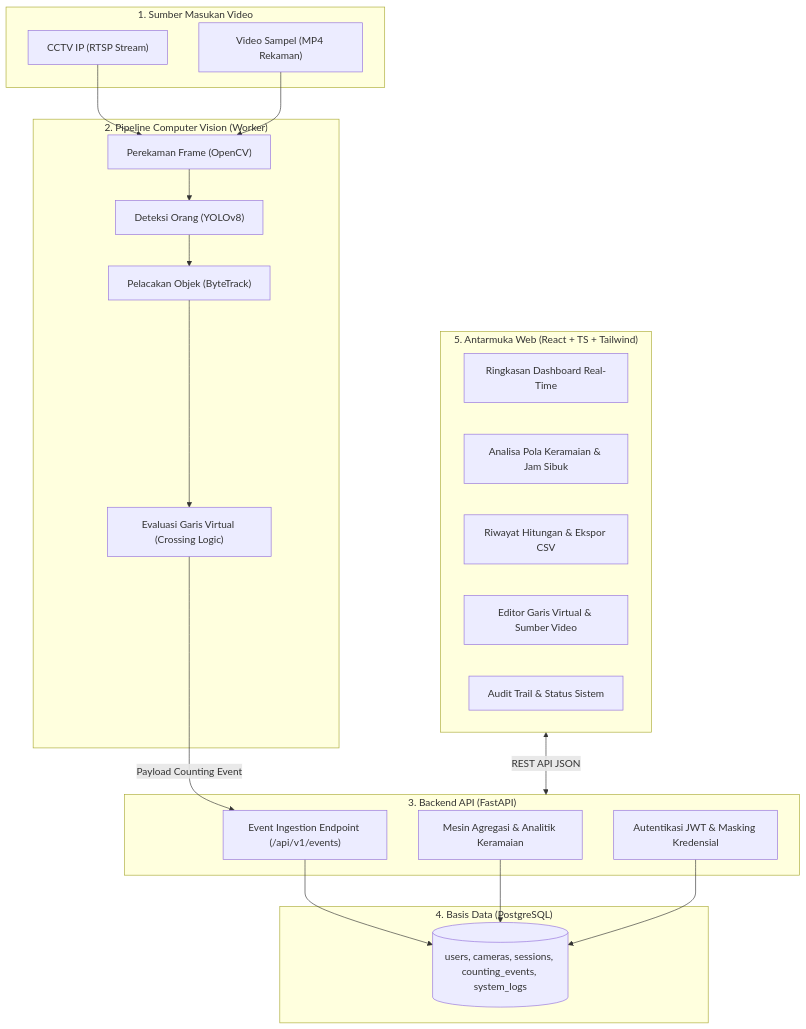
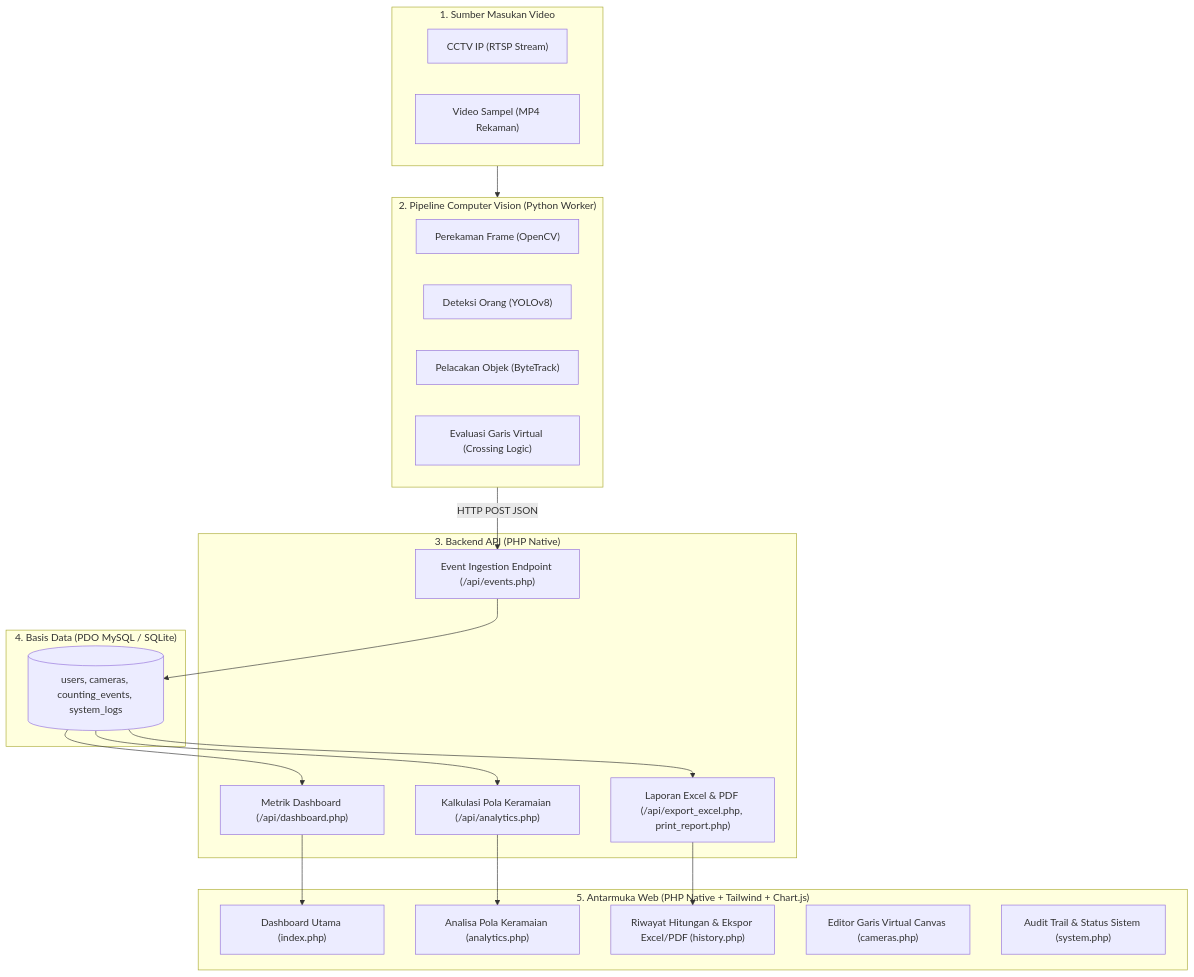
Before and after one commit to hafizandrean/analisa-pengunjung: the diagram in docs/ARCHITECTURE.md, drawn with Mermaid. The commit also changed other lines of this file and 121 other files, not shown here.

Commit message:
update ke php native

````diff
--- a/docs/ARCHITECTURE.md
+++ b/docs/ARCHITECTURE.md
@@ -9,43 +11,43 @@
 ```mermaid
 flowchart TD
     subgraph VideoSource["1. Sumber Masukan Video"]
         CCTV["CCTV IP (RTSP Stream)"]
         File["Video Sampel (MP4 Rekaman)"]
     end
 
-    subgraph VisionPipeline["2. Pipeline Computer Vision (Worker)"]
+    subgraph VisionPipeline["2. Pipeline Computer Vision (Python Worker)"]
         Frame["Perekaman Frame (OpenCV)"]
         YOLO["Deteksi Orang (YOLOv8)"]
         Tracker["Pelacakan Objek (ByteTrack)"]
         Crossing["Evaluasi Garis Virtual (Crossing Logic)"]
     end
 
-    subgraph BackendAPI["3. Backend API (FastAPI)"]
-        Ingest["Event Ingestion Endpoint (/api/v1/events)"]
-        AnalyticsEngine["Mesin Agregasi & Analitik Keramaian"]
-        AuthSecurity["Autentikasi JWT & Masking Kredensial"]
+    subgraph BackendAPI["3. Backend API (PHP Native)"]
+        Ingest["Event Ingestion Endpoint (/api/events.php)"]
+        AnalyticsEngine["Kalkulasi Pola Keramaian (/api/analytics.php)"]
+        DashboardEngine["Metrik Dashboard (/api/dashboard.php)"]
+        ExportEngine["Laporan Excel & PDF (/api/export_excel.php, print_report.php)"]
     end
 
-    subgraph Database["4. Basis Data (PostgreSQL)"]
-        DB[(users, cameras, sessions, counting_events, system_logs)]
+    subgraph Database["4. Basis Data (PDO MySQL / SQLite)"]
+        DB[(users, cameras, counting_events, system_logs)]
     end
 
-    subgraph Frontend["5. Antarmuka Web (React + TS + Tailwind)"]
-        Dash["Ringkasan Dashboard Real-Time"]
-        AnalyticsView["Analisa Pola Keramaian & Jam Sibuk"]
-        HistoryView["Riwayat Hitungan & Ekspor CSV"]
-        SettingsView["Editor Garis Virtual & Sumber Video"]
-        StatusView["Audit Trail & Status Sistem"]
+    subgraph Frontend["5. Antarmuka Web (PHP Native + Tailwind + Chart.js)"]
+        Dash["Dashboard Utama (index.php)"]
+        AnalyticsView["Analisa Pola Keramaian (analytics.php)"]
+        HistoryView["Riwayat Hitungan & Ekspor Excel/PDF (history.php)"]
+        SettingsView["Editor Garis Virtual Canvas (cameras.php)"]
+        StatusView["Audit Trail & Status Sistem (system.php)"]
     end
 
-    CCTV --> Frame
-    File --> Frame
-    Frame --> YOLO
-    YOLO --> Tracker
-    Tracker --> Crossing
-    Crossing -->|Payload Counting Event| Ingest
+    VideoSource --> VisionPipeline
+    VisionPipeline -- "HTTP POST JSON" --> Ingest
     Ingest --> DB
-    AnalyticsEngine --> DB
-    AuthSecurity --> DB
-    Frontend <-->|REST API JSON| BackendAPI
+    DB --> AnalyticsEngine
+    DB --> DashboardEngine
+    DB --> ExportEngine
+    AnalyticsEngine --> AnalyticsView
+    DashboardEngine --> Dash
+    ExportEngine --> HistoryView
 ```
````
